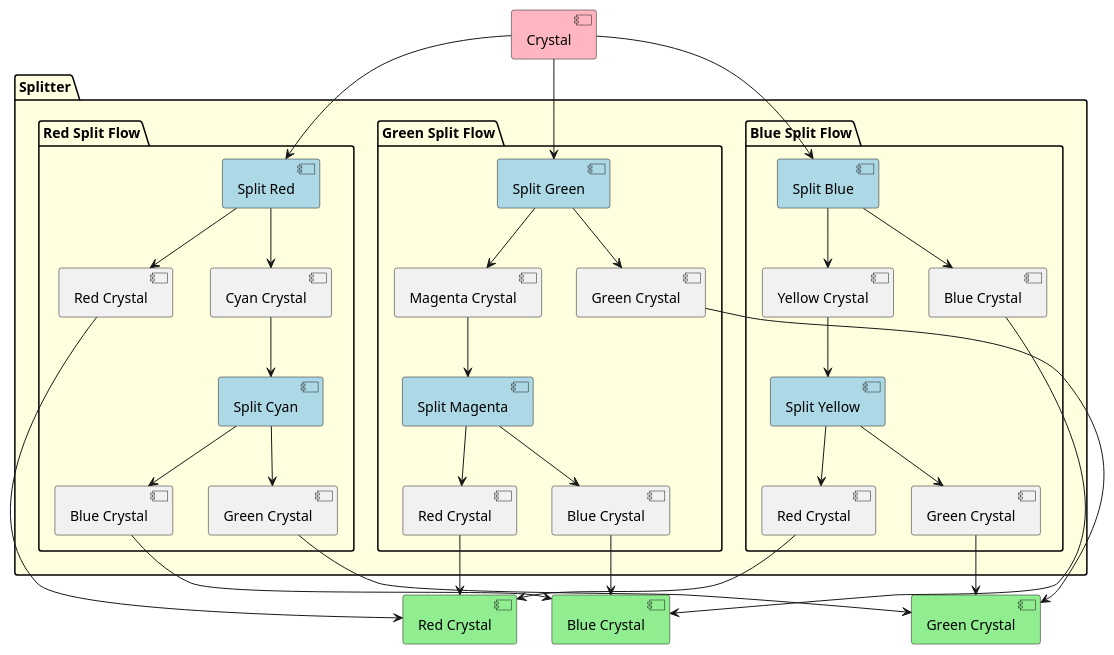
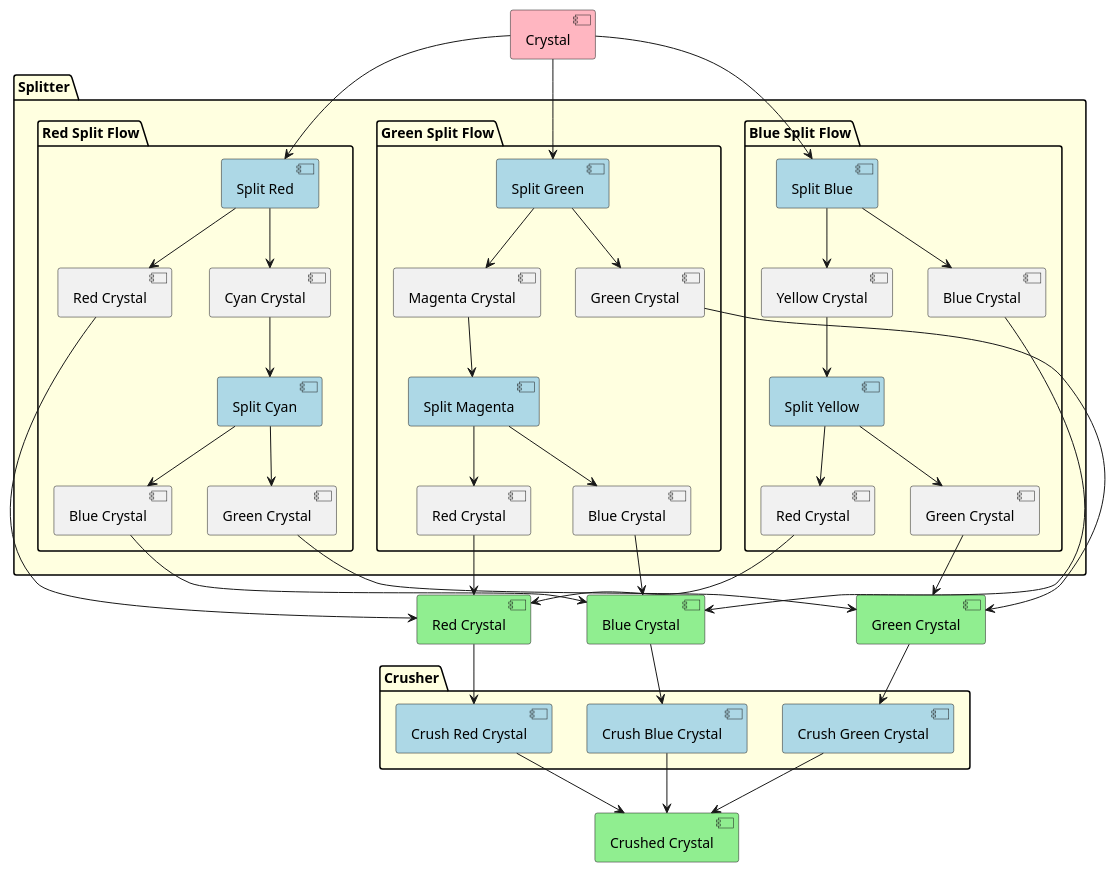
One commit to Thomas-De-Praetere/CrystalMod changed the diagram in Documentation/ColoredFlow.puml. Above: the diagram before and after it, drawn with PlantUML. The commit also changed 2 other files, not shown here.

```diff
--- a/Documentation/ColoredFlow.puml
+++ b/Documentation/ColoredFlow.puml
@@ -1,80 +1,95 @@
 @startuml
 
 hide methods
 hide fields
 hide circle
 
 [Crystal] as C #lightpink
 
 [Red Crystal] as RC #lightgreen
 [Green Crystal] as GC #lightgreen
 [Blue Crystal] as BC #lightgreen
+[Crushed Crystal] as CCr #lightgreen
 
 package Splitter #lightyellow {
 package "Green Split Flow" {
 [Split Green] as SG #lightblue
 [Split Magenta] as SM #lightblue
 [Magenta Crystal] as MC
 [Red Crystal] as RC1
 [Green Crystal] as GC1
 [Blue Crystal] as BC1
 }
 package "Red Split Flow" {
 [Split Red] as SR #lightblue
 [Split Cyan] as SC #lightblue
 [Cyan Crystal] as CC
 [Red Crystal] as RC2
 [Green Crystal] as GC2
 [Blue Crystal] as BC2
 
 }
 package "Blue Split Flow" {
 [Split Blue] as SB #lightblue
 [Split Yellow] as SY #lightblue
 [Yellow Crystal] as YC
 [Red Crystal] as RC3
 [Green Crystal] as GC3
 [Blue Crystal] as BC3
 }
 }
 
+package Crusher #lightyellow {
+[Crush Red Crystal] as CrR #lightblue
+[Crush Green Crystal] as CrG #lightblue
+[Crush Blue Crystal] as CrB #lightblue
+}
 
 
 
 C --> SG
 SG --> GC1
 SG --> MC
 
 C --> SR
 SR --> RC2
 SR --> CC
 
 C --> SB
 SB --> BC3
 SB --> YC
 
 YC --> SY
 SY --> RC3
 SY --> GC3
 
 CC --> SC
 SC --> GC2
 SC --> BC2
 
 MC --> SM
 SM --> BC1
 SM --> RC1
 
 RC1 --> RC
 RC2 --> RC
 RC3 --> RC
 
 GC1 --> GC
 GC2 --> GC
 GC3 --> GC
 
 BC1 --> BC
 BC2 --> BC
 BC3 --> BC
 
+BC --> CrB
+CrB --> CCr
+
+RC --> CrR
+CrR --> CCr
+
+GC --> CrG
+CrG --> CCr
+
 @enduml
```
